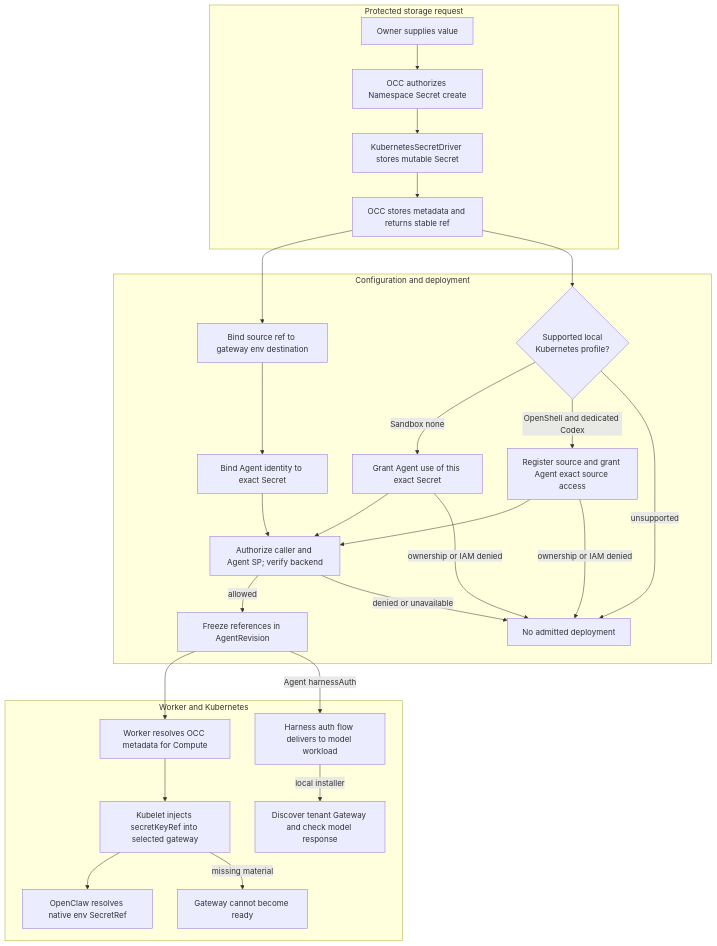
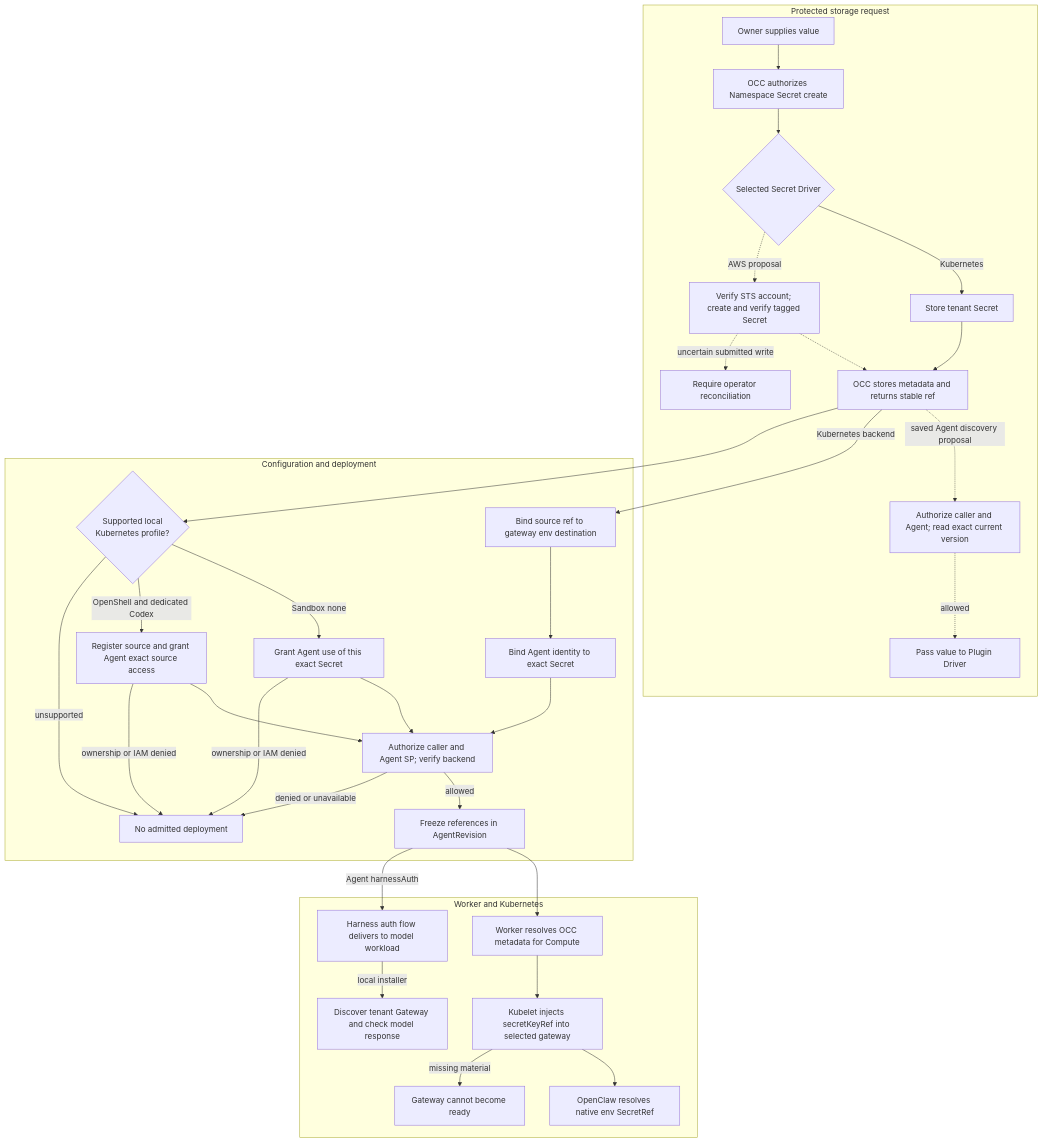
One commit to openclaw/openclaw-enterprise changed the diagram in docs/flows/secret-storage-and-delivery.md. Above: the diagram before and after it, drawn with Mermaid. The commit also changed other lines of this file and 15 other files, not shown here.

Commit message:
Refine AWS Secret Driver integration proposal

````diff
--- a/docs/flows/secret-storage-and-delivery.md
+++ b/docs/flows/secret-storage-and-delivery.md
@@ -40,31 +42,37 @@
 ```mermaid
 graph TD
   subgraph Storage["Protected storage request"]
     A["Owner supplies value"] --> B["OCC authorizes Namespace Secret create"]
-    B --> C["KubernetesSecretDriver stores mutable Secret"]
-    C --> D["OCC stores metadata and returns stable ref"]
+    B --> C{"Selected Secret Driver"}
+    C -->|Kubernetes| C1["Store tenant Secret"]
+    C -. AWS proposal .-> C2["Verify STS account; create and verify tagged Secret"]
+    C1 --> D["OCC stores metadata and returns stable ref"]
+    C2 -.-> D
+    C2 -. uncertain submitted write .-> C3["Require operator reconciliation"]
+    D -. saved Agent discovery proposal .-> C4["Authorize caller and Agent; read exact current version"]
+    C4 -. allowed .-> C5["Pass value to Plugin Driver"]
   end
   subgraph Admission["Configuration and deployment"]
-    D --> E["Bind source ref to gateway env destination"]
+    D -->|Kubernetes backend| E["Bind source ref to gateway env destination"]
     E --> P["Bind Agent identity to exact Secret"]
     P --> F["Authorize caller and Agent SP; verify backend"]
     F -->|allowed| G["Freeze references in AgentRevision"]
     F -->|denied or unavailable| X["No admitted deployment"]
     D --> K{"Supported local<br/>Kubernetes profile?"}
     K -->|Sandbox none| L["Grant Agent use of this exact Secret"]
     K -->|OpenShell and dedicated Codex| M["Register source and grant Agent exact source access"]
     K -->|unsupported| X
     L --> F
     M --> F
     L -->|ownership or IAM denied| X
     M -->|ownership or IAM denied| X
   end
   subgraph Runtime["Worker and Kubernetes"]
     G --> H["Worker resolves OCC metadata for Compute"]
     H --> I["Kubelet injects secretKeyRef into selected gateway"]
     I --> J["OpenClaw resolves native env SecretRef"]
     I -->|missing material| Y["Gateway cannot become ready"]
     G -->|Agent harnessAuth| W["Harness auth flow delivers to model workload"]
     W -->|local installer| V["Discover tenant Gateway and check model response"]
   end
 ```
````
